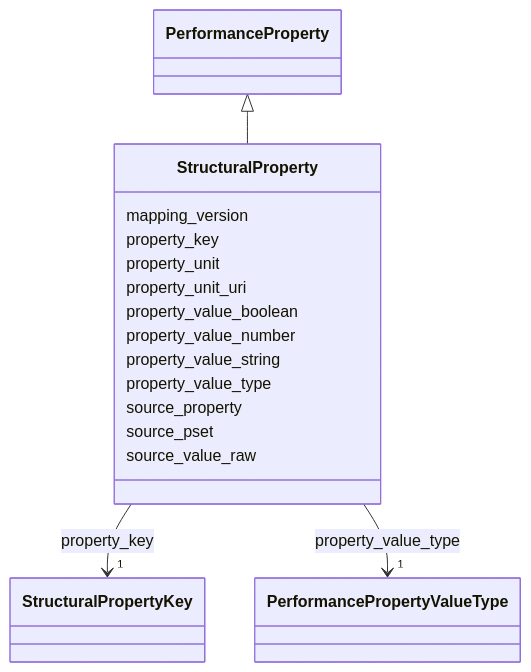
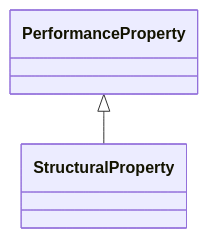
One commit to simondilhas/pragmatic-bim-data-contract changed the diagram in site/.md-src/schema/StructuralProperty.md. Above: the diagram before and after it, drawn with Mermaid. The commit also changed other lines of this file and 561 other files, not shown here.

First line of the commit message:
Integrate Mermaid and Panzoom for enhanced documentation visualization

````diff
--- a/site/.md-src/schema/StructuralProperty.md
+++ b/site/.md-src/schema/StructuralProperty.md
@@ -23,22 +23,10 @@
 ```mermaid
- classDiagram
-    class StructuralProperty
-    click StructuralProperty href "./StructuralProperty.html"
-      PerformanceProperty <|-- StructuralProperty
-        click PerformanceProperty href "./PerformanceProperty.html"
-      StructuralProperty : mapping_version
-      StructuralProperty : property_key
-        StructuralProperty --> "1" StructuralPropertyKey : property_key
-        click StructuralPropertyKey href "./StructuralPropertyKey.html"
-      StructuralProperty : property_unit
-      StructuralProperty : property_unit_uri
-      StructuralProperty : property_value_boolean
-      StructuralProperty : property_value_number
-      StructuralProperty : property_value_string
-      StructuralProperty : property_value_type
-        StructuralProperty --> "1" PerformancePropertyValueType : property_value_type
-        click PerformancePropertyValueType href "./PerformancePropertyValueType.html"
-      StructuralProperty : source_property
-      StructuralProperty : source_pset
-      StructuralProperty : source_value_raw
+classDiagram
+direction TB
+class StructuralProperty
+click StructuralProperty href "./StructuralProperty.html" _blank
+PerformanceProperty <|-- StructuralProperty
+click PerformanceProperty href "./PerformanceProperty.html" _blank
+click StructuralPropertyKey href "./StructuralPropertyKey.html" _blank
+click PerformancePropertyValueType href "./PerformancePropertyValueType.html" _blank
 ```
````
